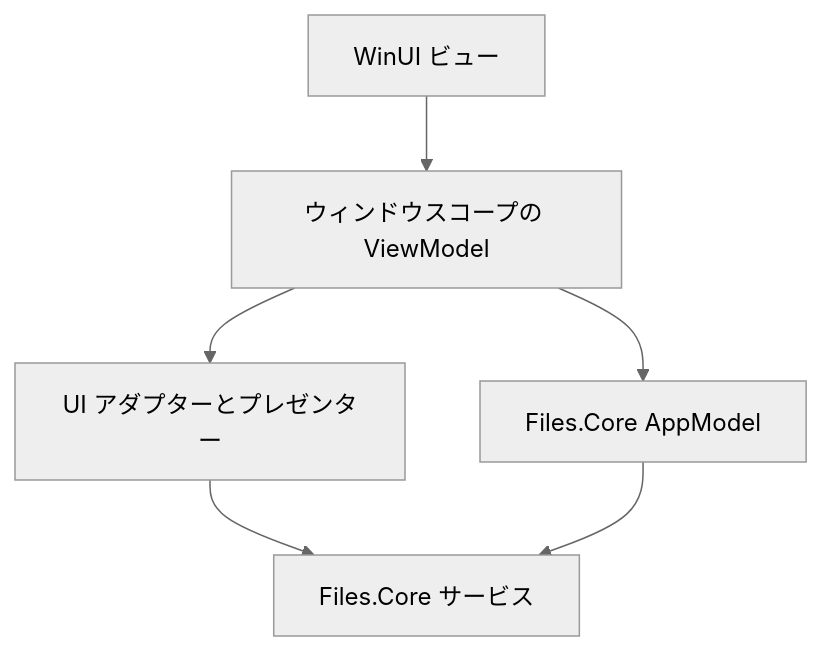
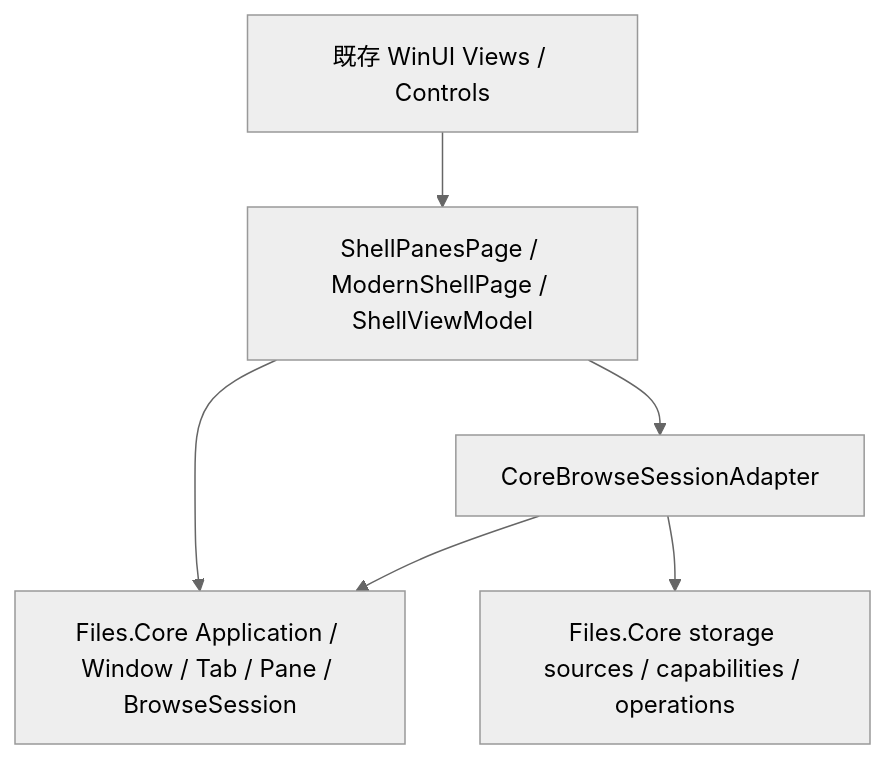
Before and after one commit to 0x5bfa/Files: the first of 4 diagrams in docs/architecture/files-app.md, drawn with Mermaid (neutral theme). The commit also changed other lines of this file and 2 other files, not shown here.

Commit message:
Document the Files.App Core integration boundary

````diff
--- a/docs/architecture/files-app.md
+++ b/docs/architecture/files-app.md
@@ -8,14 +9,14 @@
 ```mermaid
 flowchart TB
-    Views["WinUI ビュー"]
-    ViewModels["ウィンドウスコープの ViewModel"]
-    Adapters["UI アダプターとプレゼンター"]
-    AppModels["Files.Core AppModel"]
-    Core["Files.Core サービス"]
+    Views["既存 WinUI Views / Controls"]
+    Shell["ShellPanesPage / ModernShellPage / ShellViewModel"]
+    Adapter["CoreBrowseSessionAdapter"]
+    Models["Files.Core Application / Window / Tab / Pane / BrowseSession"]
+    Services["Files.Core storage sources / capabilities / operations"]
 
-    Views --> ViewModels
-    ViewModels --> Adapters
-    ViewModels --> AppModels
-    Adapters --> Core
-    AppModels --> Core
+    Views --> Shell
+    Shell --> Adapter
+    Shell --> Models
+    Adapter --> Models
+    Adapter --> Services
 ```
````
